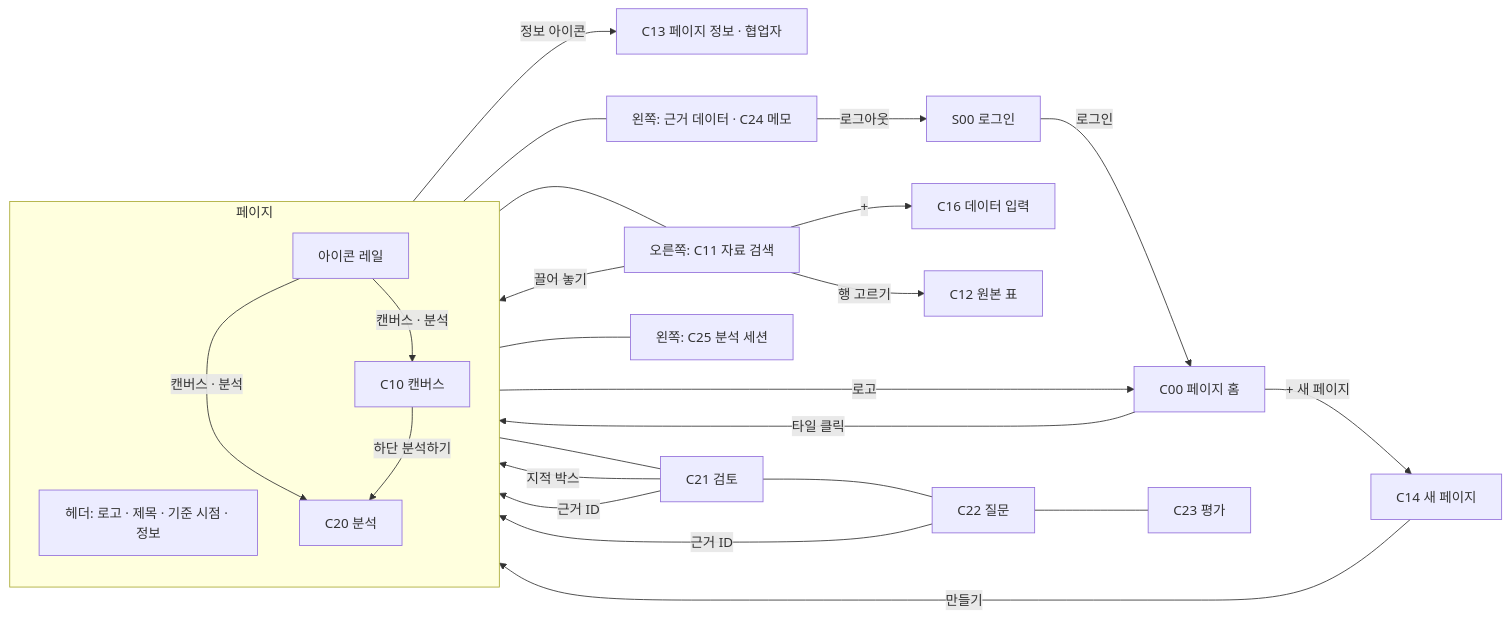
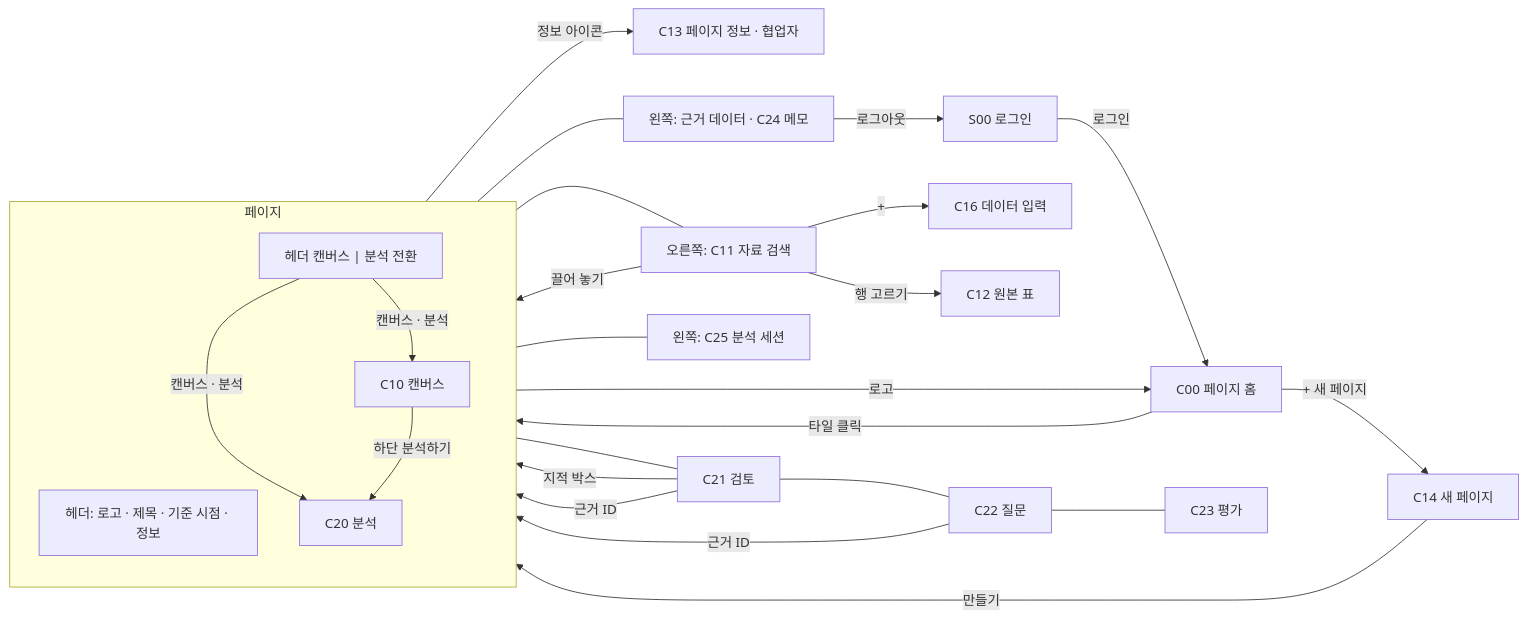
Before and after one commit to vamos-team/telescope: the first of 7 diagrams in docs/frontend/ia.md, drawn with Mermaid. The commit also changed other lines of this file and 3 other files, not shown here.

````diff
--- a/docs/frontend/ia.md
+++ b/docs/frontend/ia.md
@@ -75,30 +78,30 @@
 ```mermaid
 flowchart LR
   S00["S00 로그인"] -->|로그인| C00["C00 페이지 홈"]
   C00 -->|"타일 클릭"| P
   C00 -->|"+ 새 페이지"| C14["C14 새 페이지"]
   C14 -->|"만들기"| P
 
   subgraph P["페이지"]
     direction TB
     H["헤더: 로고 · 제목 · 기준 시점 · 정보"]
-    R["아이콘 레일"]
+    R["헤더 캔버스 | 분석 전환"]
     C10["C10 캔버스"]
     C20["C20 분석"]
   end
 
   H -->|"로고"| C00
   H -->|"정보 아이콘"| C13["C13 페이지 정보 · 협업자"]
   R -->|"캔버스 · 분석"| C10 & C20
   C10 --- LP["왼쪽: 근거 데이터 · C24 메모"]
   C10 --- C11["오른쪽: C11 자료 검색"]
   C11 -->|"+"| C16["C16 데이터 입력"]
   C11 -->|"행 고르기"| C12["C12 원본 표"]
   C11 -->|"끌어 놓기"| C10
   C10 -->|"하단 분석하기"| C20
   C20 --- C25["왼쪽: C25 분석 세션"]
   C20 --- C21["C21 검토"] --- C22["C22 질문"] --- C23["C23 평가"]
   C21 -->|"지적 박스"| C10
   C21 & C22 -->|"근거 ID"| C10
   LP -->|"로그아웃"| S00
 ```
````
